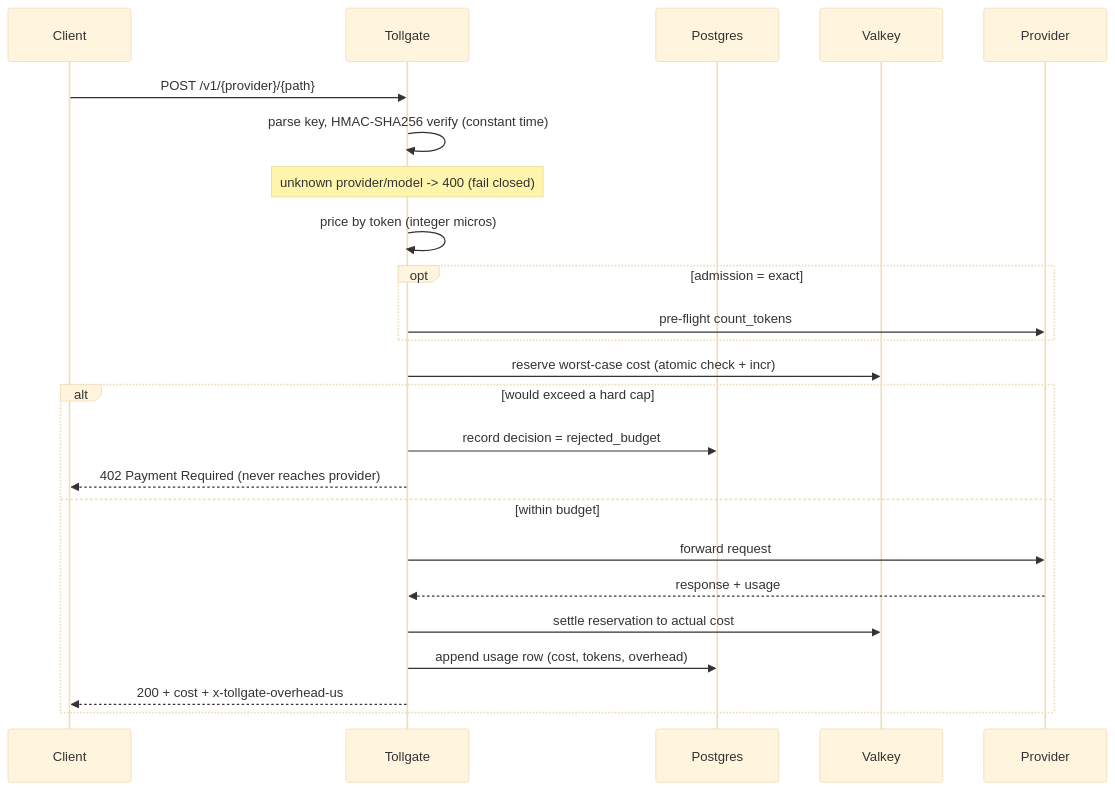
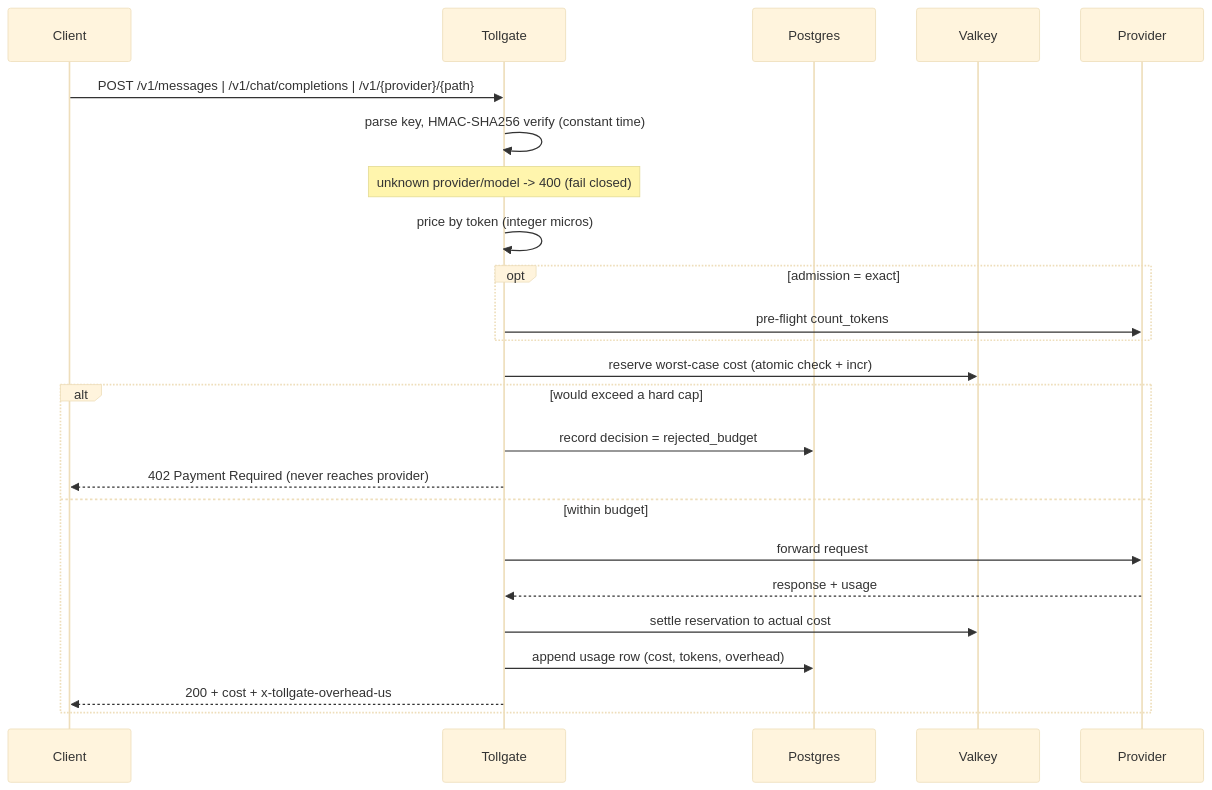
The second of 3 diagrams in docs/ARCHITECTURE.md (sakura-sky/tollgate), drawn with Mermaid (base theme) before and after one commit. The commit also changed other lines of this file and 19 other files, not shown here.

````diff
--- a/docs/ARCHITECTURE.md
+++ b/docs/ARCHITECTURE.md
@@ -48,26 +48,26 @@
 ```mermaid
 sequenceDiagram
   participant C as Client
   participant T as Tollgate
   participant DB as Postgres
   participant V as Valkey
   participant P as Provider
-  C->>T: POST /v1/{provider}/{path}
+  C->>T: POST /v1/messages | /v1/chat/completions | /v1/{provider}/{path}
   T->>T: parse key, HMAC-SHA256 verify (constant time)
   Note over T: unknown provider/model -> 400 (fail closed)
   T->>T: price by token (integer micros)
   opt admission = exact
     T->>P: pre-flight count_tokens
   end
   T->>V: reserve worst-case cost (atomic check + incr)
   alt would exceed a hard cap
     T->>DB: record decision = rejected_budget
     T-->>C: 402 Payment Required (never reaches provider)
   else within budget
     T->>P: forward request
     P-->>T: response + usage
     T->>V: settle reservation to actual cost
     T->>DB: append usage row (cost, tokens, overhead)
     T-->>C: 200 + cost + x-tollgate-overhead-us
   end
 ```
````
